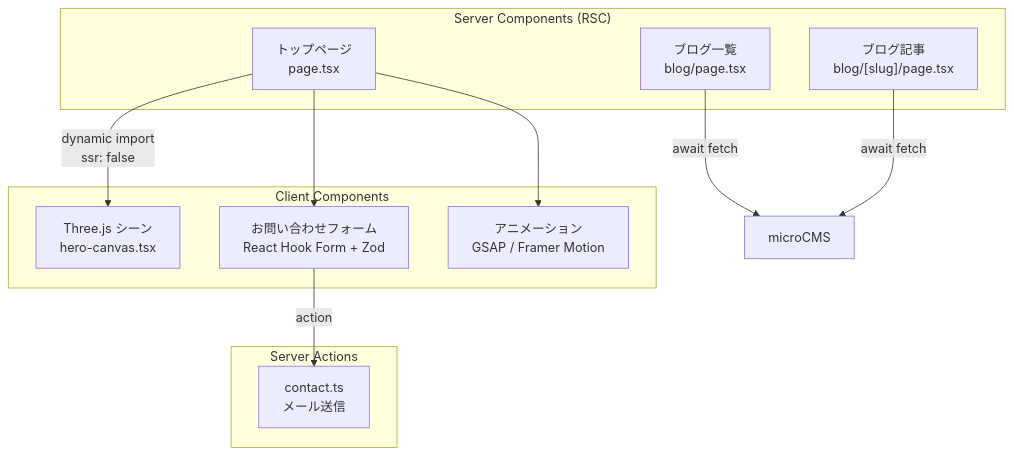
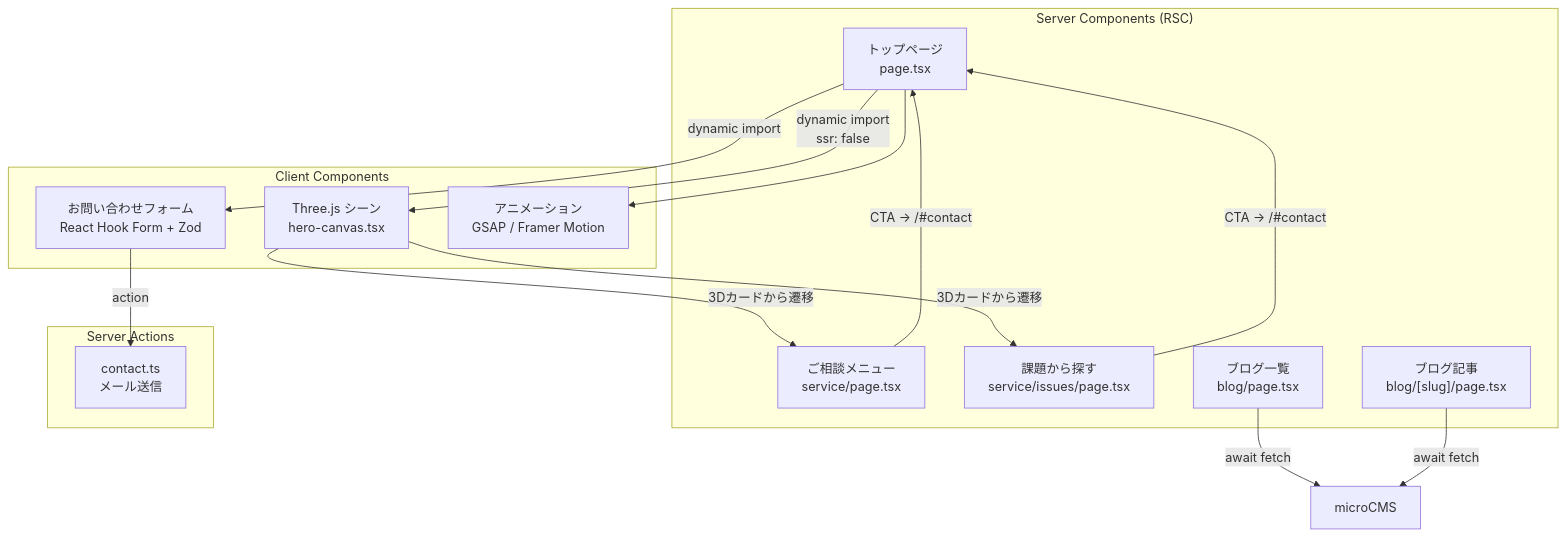
One commit to hy-tanebi/corporate-app changed the second of 2 diagrams in README.md. Above: the diagram before and after it, drawn with Mermaid. The commit also changed other lines of this file, not shown here.

````diff
--- a/README.md
+++ b/README.md
@@ -184,25 +188,31 @@
 ```mermaid
 graph TB
     subgraph Server["Server Components (RSC)"]
         TopPage["トップページ<br/>page.tsx"]
+        ServiceMenu["ご相談メニュー<br/>service/page.tsx"]
+        ServiceIssues["課題から探す<br/>service/issues/page.tsx"]
         BlogList["ブログ一覧<br/>blog/page.tsx"]
         BlogPost["ブログ記事<br/>blog/[slug]/page.tsx"]
     end
 
     subgraph Client["Client Components"]
         ThreeJS["Three.js シーン<br/>hero-canvas.tsx"]
         Form["お問い合わせフォーム<br/>React Hook Form + Zod"]
         Animations["アニメーション<br/>GSAP / Framer Motion"]
     end
 
     subgraph Actions["Server Actions"]
         Contact["contact.ts<br/>メール送信"]
     end
 
     TopPage -->|"dynamic import<br/>ssr: false"| ThreeJS
     TopPage --> Animations
-    TopPage --> Form
+    TopPage -->|"dynamic import"| Form
+    ThreeJS -->|"3Dカードから遷移"| ServiceMenu
+    ThreeJS -->|"3Dカードから遷移"| ServiceIssues
+    ServiceMenu -->|"CTA → /#contact"| TopPage
+    ServiceIssues -->|"CTA → /#contact"| TopPage
     Form -->|"action"| Contact
     BlogList -->|"await fetch"| CMS["microCMS"]
     BlogPost -->|"await fetch"| CMS
 ```
````
